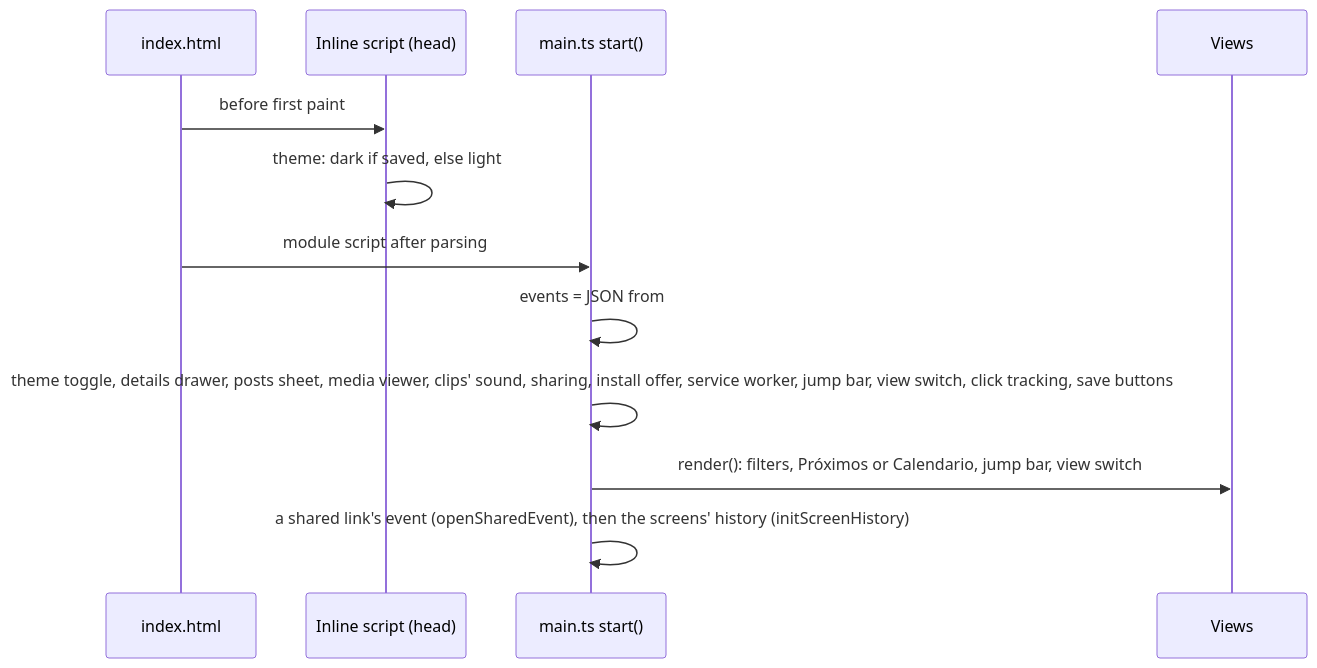
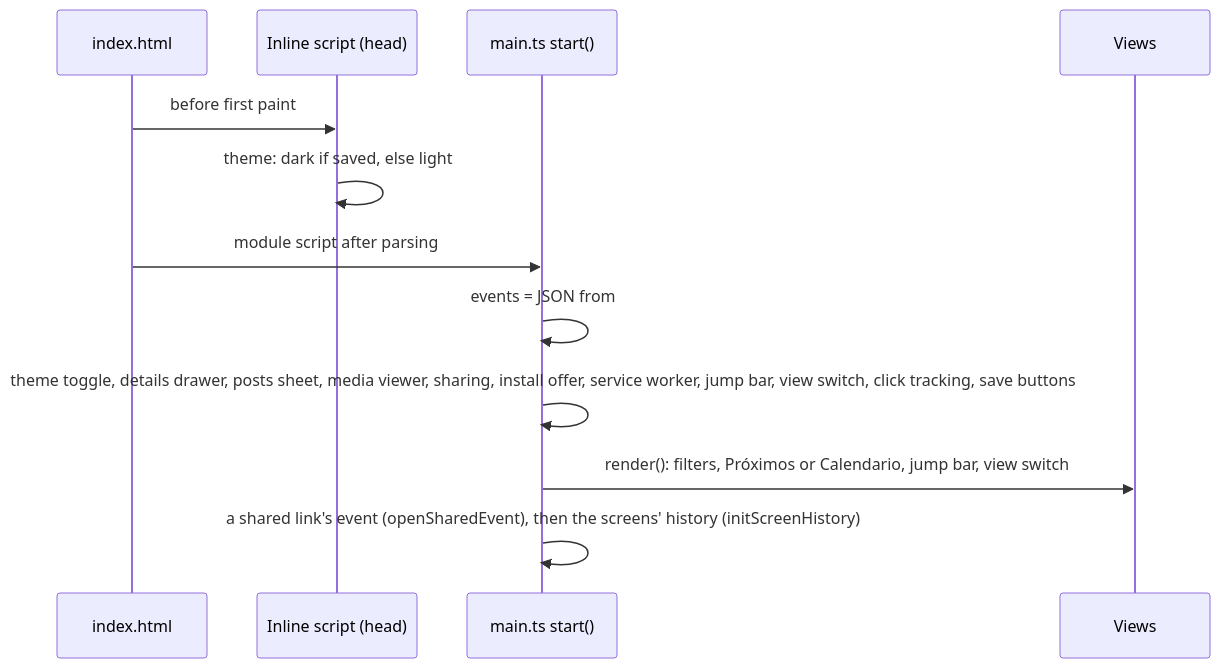
The sixth of 9 diagrams in docs/ARCHITECTURE.md (pa-bailar/pa-bailar.github.io), drawn with Mermaid before and after one commit. The commit also changed other lines of this file and 8 other files, not shown here.

First line of the commit message:
fix(ui): silent clips without a sound toggle, and a Video label instead of ▶ (#86)

````diff
--- a/docs/ARCHITECTURE.md
+++ b/docs/ARCHITECTURE.md
@@ -327,15 +327,15 @@
 ```mermaid
 sequenceDiagram
     participant H as index.html
     participant I as Inline script (head)
     participant M as main.ts start()
     participant V as Views
 
     H->>I: before first paint
     I->>I: theme: dark if saved, else light
     H->>M: module script after parsing
     M->>M: events = JSON from #events-data
-    M->>M: theme toggle, details drawer, posts sheet, media viewer, clips' sound, sharing, install offer, service worker, jump bar, view switch, click tracking, save buttons
+    M->>M: theme toggle, details drawer, posts sheet, media viewer, sharing, install offer, service worker, jump bar, view switch, click tracking, save buttons
     M->>V: render(): filters, Próximos or Calendario, jump bar, view switch
     M->>M: a shared link's event (openSharedEvent), then the screens' history (initScreenHistory)
 ```
````
